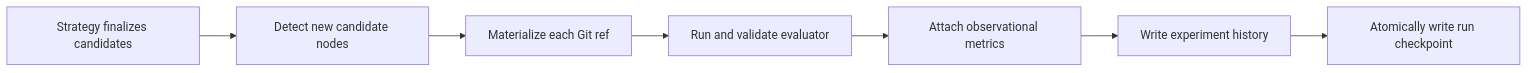
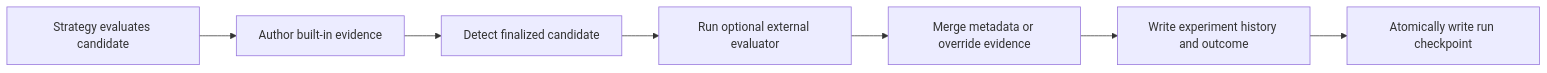
One commit to Leeroo-AI/kapso changed the diagram in docs/evolve/external-evaluation.mdx. Above: the diagram before and after it, drawn with Mermaid. The commit also changed other lines of this file and 97 other files, not shown here.

````diff
--- a/docs/evolve/external-evaluation.mdx
+++ b/docs/evolve/external-evaluation.mdx
@@ -103,9 +164,9 @@
 ```mermaid
 flowchart LR
-    A["Strategy finalizes candidates"] --> B["Detect new candidate nodes"]
-    B --> C["Materialize each Git ref"]
-    C --> D["Run and validate evaluator"]
-    D --> E["Attach observational metrics"]
-    E --> F["Write experiment history"]
+    A["Strategy evaluates candidate"] --> B["Author built-in evidence"]
+    B --> C["Detect finalized candidate"]
+    C --> D["Run optional external evaluator"]
+    D --> E["Merge metadata or override evidence"]
+    E --> F["Write experiment history and outcome"]
     F --> G["Atomically write run checkpoint"]
 ```
````
